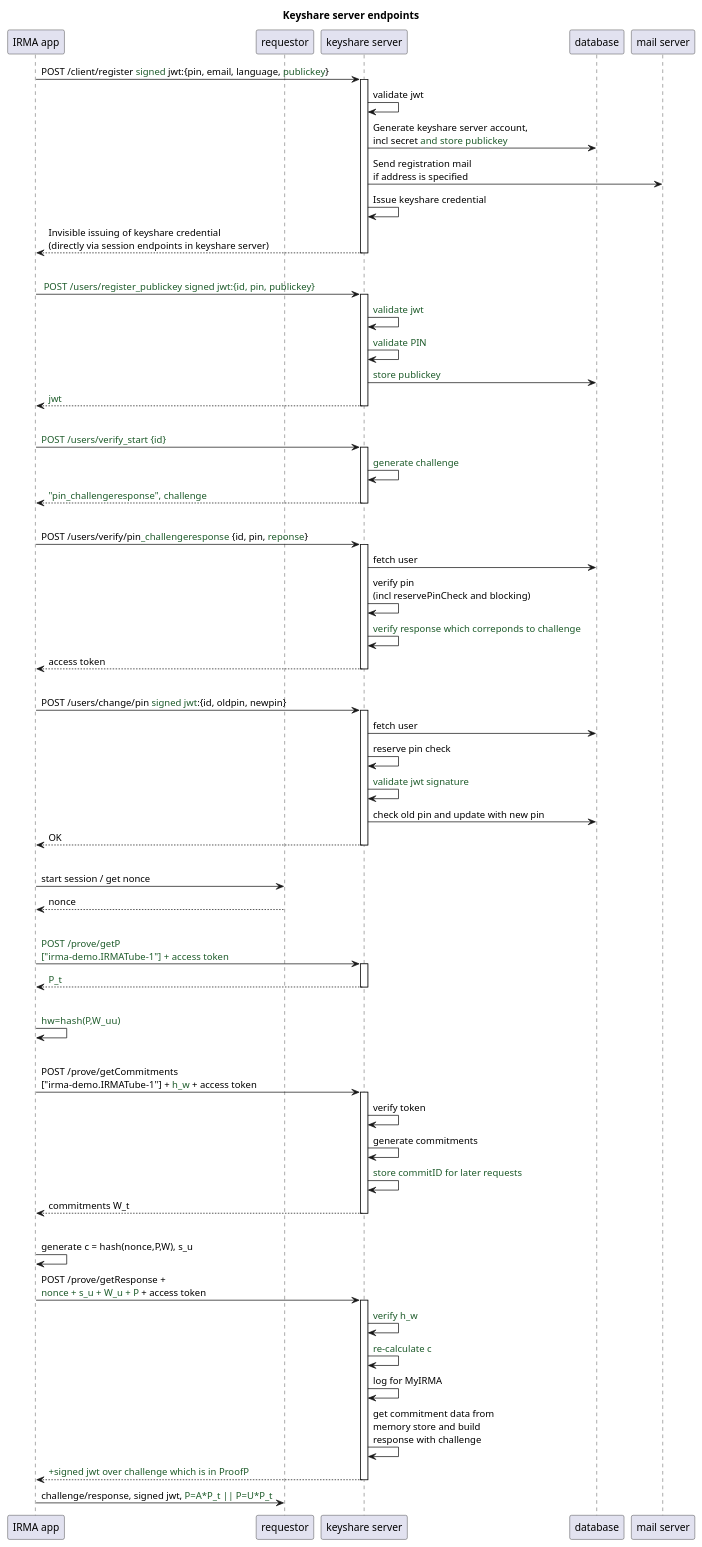
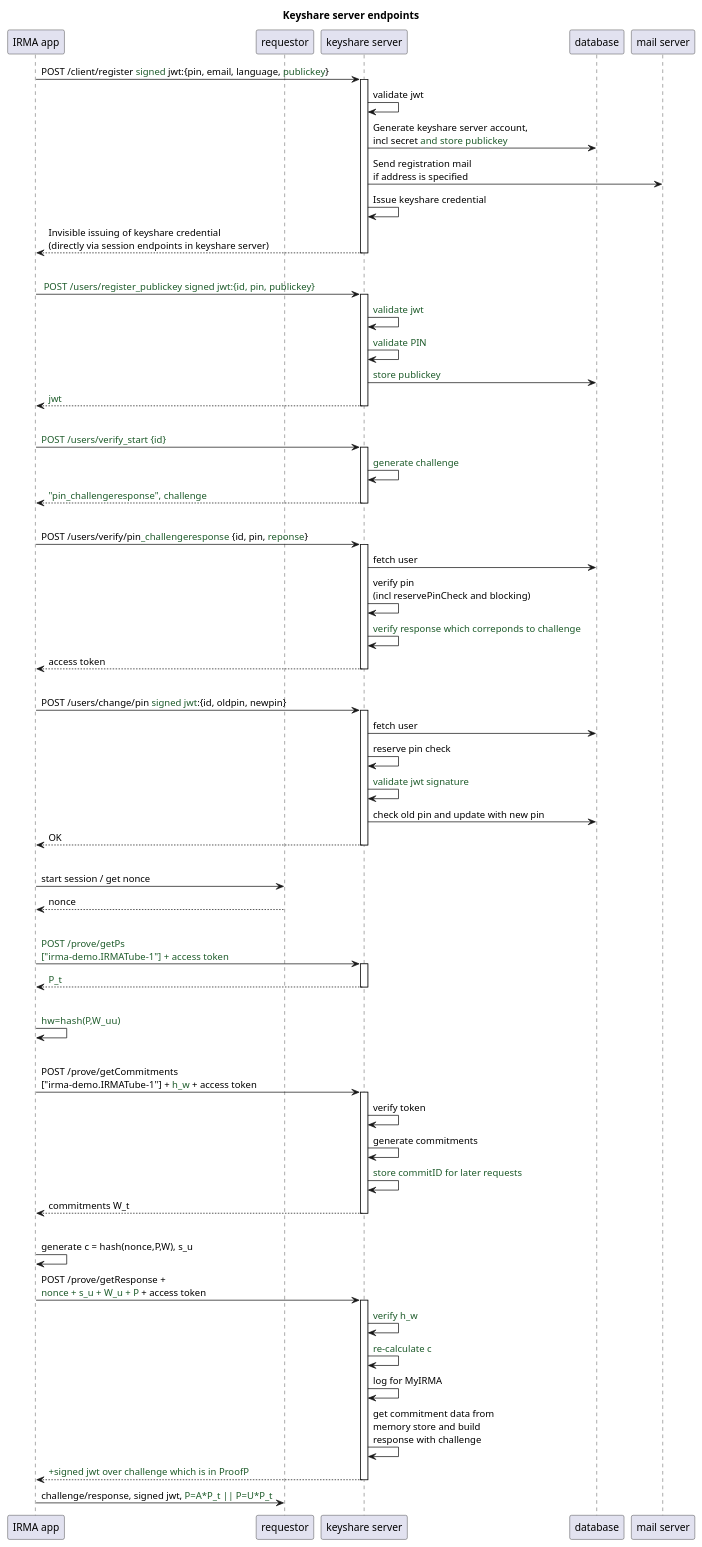
Before and after one commit to privacybydesign/irmago: the diagram in docs/keyshareFlow.puml, drawn with PlantUML.

Commit message:
Adjust /getPs endpoint name in sequence diagram to match implementation.

```diff
--- a/docs/keyshareFlow.puml
+++ b/docs/keyshareFlow.puml
@@ -1,79 +1,79 @@
 @startuml
 skinparam backgroundColor #transparent
 participant "IRMA app" as app
 participant "requestor" as requestor
 participant "keyshare server" as keyshare
 participant "database" as db
 participant "mail server" as mail
 
 title Keyshare server endpoints
 
 app -> keyshare ++: POST /client/register <font color=#1D5B2A>signed</font> jwt:{pin, email, language, <font color=#1D5B2A>publickey</font>}
 keyshare -> keyshare: validate jwt
 keyshare -> db: Generate keyshare server account, \nincl secret <font color=#1D5B2A>and store publickey</font>
 keyshare -> mail: Send registration mail \nif address is specified
 keyshare -> keyshare: Issue keyshare credential
 return Invisible issuing of keyshare credential \n(directly via session endpoints in keyshare server)
 |||
 
 'already enrolled app: similar to the one sent by the irmaclient when changing your IRMA PIN code
 'note: hier komt een nieuwe jwt terug
 app -> keyshare ++: <font color=#1D5B2A> POST /users/register_publickey signed jwt:{id, pin, publickey}
 keyshare -> keyshare: <font color=#1D5B2A>validate jwt</font>
 keyshare -> keyshare: <font color=#1D5B2A>validate PIN</font>
 keyshare -> db: <font color=#1D5B2A>store publickey</font>
 return <font color=#1D5B2A>jwt</font>
 |||
 
 'get challenge
 app -> keyshare ++: <font color=#1D5B2A>POST /users/verify_start {id}
 keyshare -> keyshare: <font color=#1D5B2A>generate challenge
 return <font color=#1D5B2A>"pin_challengeresponse", challenge
 |||
 
 app -> keyshare ++: POST /users/verify/pin<font color=#1D5B2A>_challengeresponse</font> {id, pin, <font color=#1D5B2A>reponse</font>}
 keyshare -> db: fetch user
 keyshare -> keyshare: verify pin \n(incl reservePinCheck and blocking)
 keyshare -> keyshare: <font color=#1D5B2A>verify response which correponds to challenge
 return access token
 |||
 
 'reply attacks not possible, so no challenge-response needed
 app -> keyshare ++: POST /users/change/pin <font color=#1D5B2A>signed jwt</font>:{id, oldpin, newpin}
 keyshare -> db: fetch user
 keyshare -> keyshare: reserve pin check
 keyshare -> keyshare: <font color=#1D5B2A>validate jwt signature
 keyshare -> db: check old pin and update with new pin
 return OK
 |||
 
 app -> requestor: start session / get nonce
 return nonce
 |||
 
 ' initial P_t from kss, new endpoint, do once before issuance
-app -> keyshare ++: <font color=#1D5B2A>POST /prove/getP \n<font color=#1D5B2A>["irma-demo.IRMATube-1"] + access token
+app -> keyshare ++: <font color=#1D5B2A>POST /prove/getPs \n<font color=#1D5B2A>["irma-demo.IRMATube-1"] + access token
 return <font color=#1D5B2A>P_t
 |||
 
 app -> app: <font color=#1D5B2A>hw=hash(P,W_uu)
 |||
 
 app -> keyshare ++: POST /prove/getCommitments \n["irma-demo.IRMATube-1"] + <font color=#1D5B2A>h_w</font> + access token
 keyshare -> keyshare: verify token
 keyshare -> keyshare: generate commitments
 keyshare -> keyshare: <font color=#1D5B2A>store commitID for later requests</font>
 return commitments W_t
 |||
 
 app -> app: generate c = hash(nonce,P,W), s_u
 app -> keyshare ++: POST /prove/getResponse + \n<font color=#1D5B2A>nonce + s_u + W_u + P </font>+ access token
 keyshare -> keyshare: <font color=#1D5B2A>verify h_w
 keyshare -> keyshare: <font color=#1D5B2A>re-calculate c
 keyshare -> keyshare: log for MyIRMA
 keyshare -> keyshare: get commitment data from \nmemory store and build \nresponse with challenge
 return <font color=#1D5B2A>+signed jwt over challenge which is in ProofP
 
 app -> requestor: challenge/response, signed jwt, <font color=#1D5B2A>P=A*P_t || P=U*P_t
 
 @enduml
```
